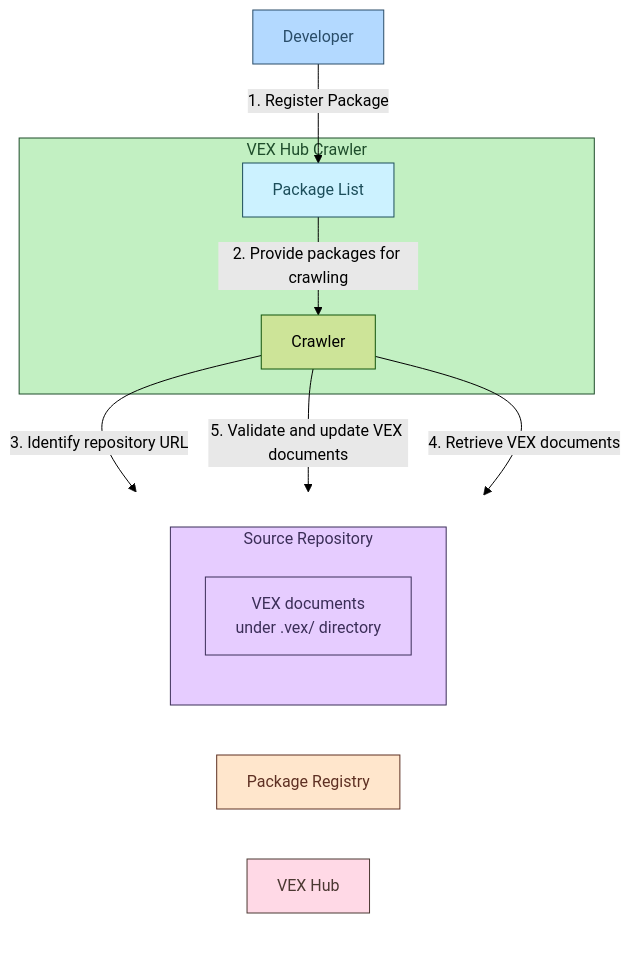
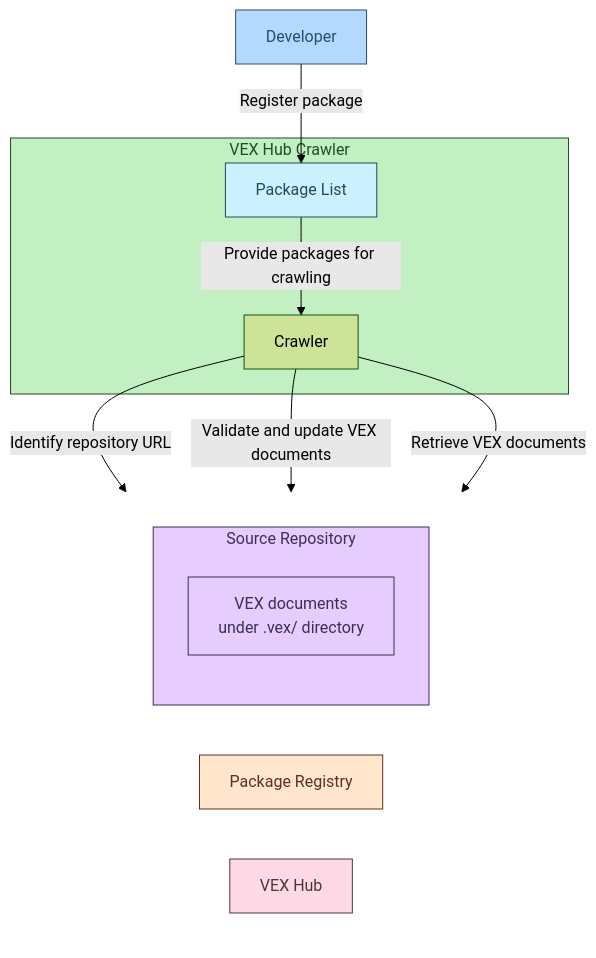
One commit to aquasecurity/vexhub-crawler changed the diagram in README.md. Above: the diagram before and after it, drawn with Mermaid (forest theme).

Commit message:
Fix diagram's syntax (#34)

````diff
--- a/README.md
+++ b/README.md
@@ -12,42 +12,42 @@
 ```mermaid
 flowchart TD
-    Dev[Developer] -->|1. Register Package| PL[Package List]
-    PL -->|2. Provide packages for crawling| Crawler
-    Crawler -->|3. Identify repository URL| Registry[Package Registry]
-    Crawler -->|4. Retrieve VEX documents| Src
-    Crawler -->|5. Validate and update VEX documents| Hub
+    Dev[Developer] -->|Register package| PL[Package List]
+    PL -->|Provide packages for crawling| Crawler
+    Crawler -->|Identify repository URL| Registry[Package Registry]
+    Crawler -->|Retrieve VEX documents| Src
+    Crawler -->|Validate and update VEX documents| Hub
 
     subgraph crawler [VEX Hub Crawler]
         Crawler
         PL
     end
 
     subgraph bottom [  ]
         direction LR
         Registry
         Src
         Hub[VEX Hub]
         
         subgraph Src[Source Repository]
             direction TB
-            VEX[VEX documents\nunder .vex/ directory]
+            VEX[VEX documents<br>under .vex/ directory]
         end
     end
 
     
     classDef dev fill:#b3d9ff,stroke:#2a4d69,stroke-width:1px,color:#2a4d69;
     classDef vexHub fill:#ffd9e6,stroke:#4b3832,stroke-width:1px,color:#4b3832;
     classDef crawler fill:#c2f0c2,stroke:#1e4d2b,stroke-width:1px,color:#1e4d2b;
     classDef npmReg fill:#ffe6cc,stroke:#5e3023,stroke-width:1px,color:#5e3023;
     classDef sourceRepo fill:#e6ccff,stroke:#3b2e58,stroke-width:1px,color:#3b2e58;
     classDef pkgList fill:#ccf2ff,stroke:#1c4e5a,stroke-width:1px,color:#1c4e5a;
     classDef invisible fill:none,stroke:none;
 
     class Dev dev;
     class Hub vexHub;
     class crawler crawler;
     class Registry npmReg;
     class Src,VEX sourceRepo;
     class PL pkgList;
     class bottom invisible;
 ```
````
